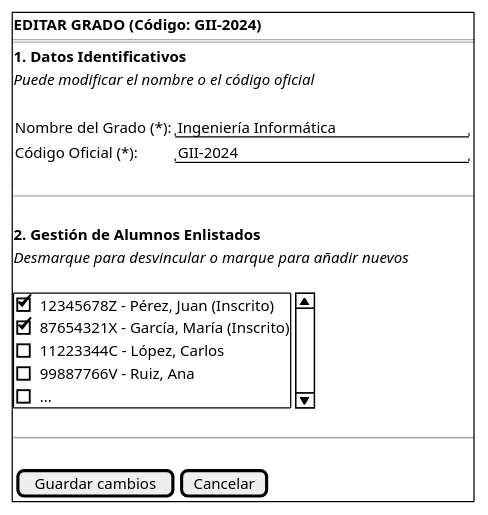
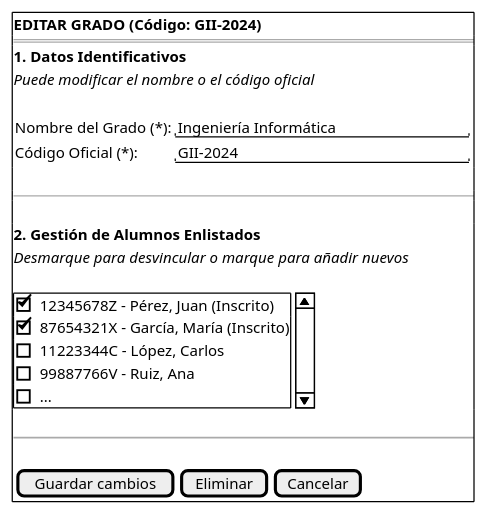
Before and after one commit to martinlopez7/25-26-IdSw1-SdR: the diagram in documents/casos-de-uso/prototipadoCasosDeUso/editarGrado/editarGrado.puml, drawn with PlantUML. The commit also changed 1 other file, not shown here.

Commit message:
fix(cu): Añadir boton de Eliminar al caso de uso de editarGrado [refs #98]

```diff
--- a/documents/casos-de-uso/prototipadoCasosDeUso/editarGrado/editarGrado.puml
+++ b/documents/casos-de-uso/prototipadoCasosDeUso/editarGrado/editarGrado.puml
@@ -1,30 +1,30 @@
 @startsalt editarGrado_FORMULARIO
 {+
     <b>EDITAR GRADO (Código: GII-2024)</b>
     ===
     <b>1. Datos Identificativos</b>
     <i>Puede modificar el nombre o el código oficial</i>
     .
     {
         Nombre del Grado (*): | "Ingeniería Informática       "
         Código Oficial (*):   | "GII-2024                     "
     }
     .
     --
     .
     <b>2. Gestión de Alumnos Enlistados</b>
     <i>Desmarque para desvincular o marque para añadir nuevos</i>
     .
     {SI
         [X] 12345678Z - Pérez, Juan (Inscrito)
         [X] 87654321X - García, María (Inscrito)
         [ ] 11223344C - López, Carlos
         [ ] 99887766V - Ruiz, Ana
         [ ] ...
     }
     .
     ~~
     .
-    { [Guardar cambios] | [Cancelar] }
+    { [Guardar cambios] | [Eliminar] | [Cancelar] }
 }
 @endsalt
```
